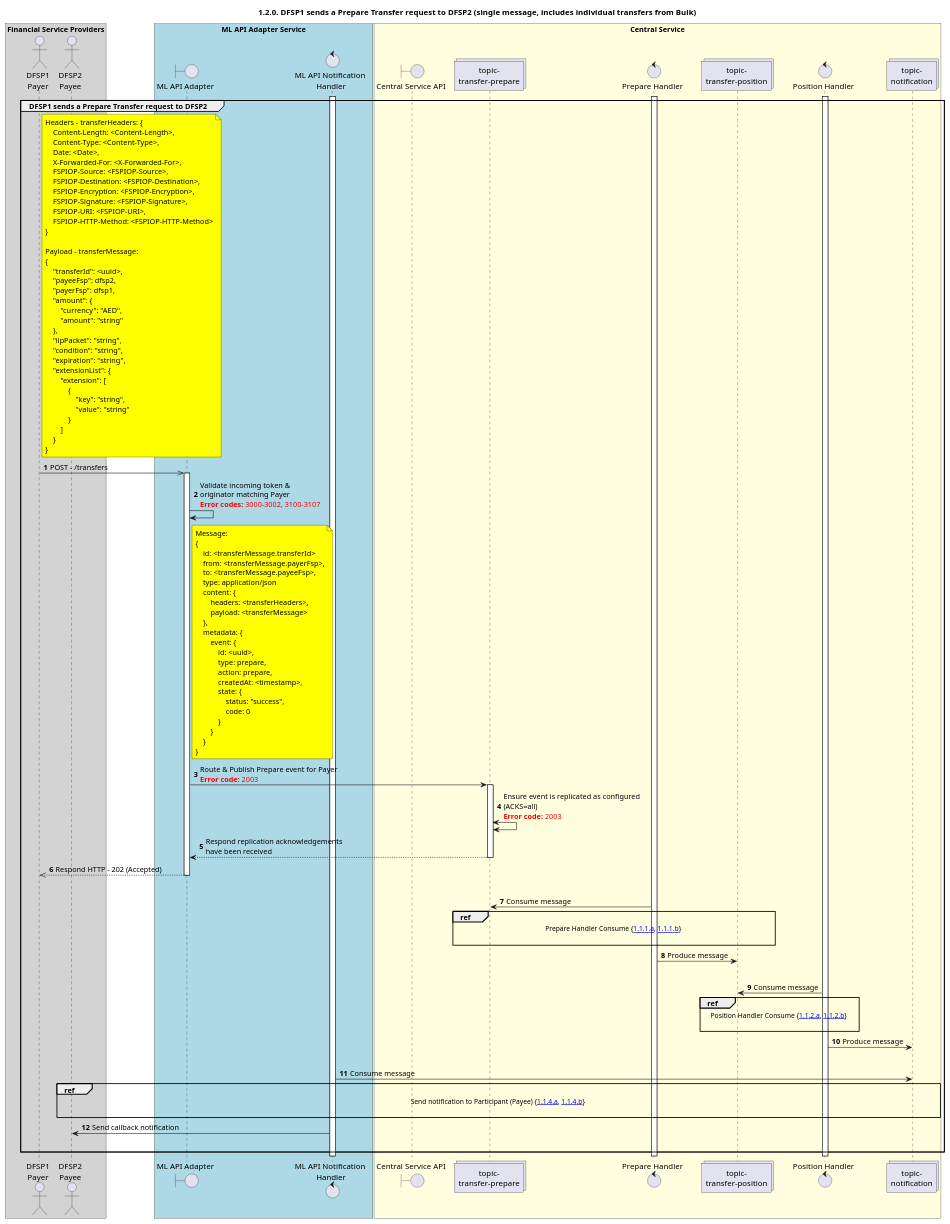
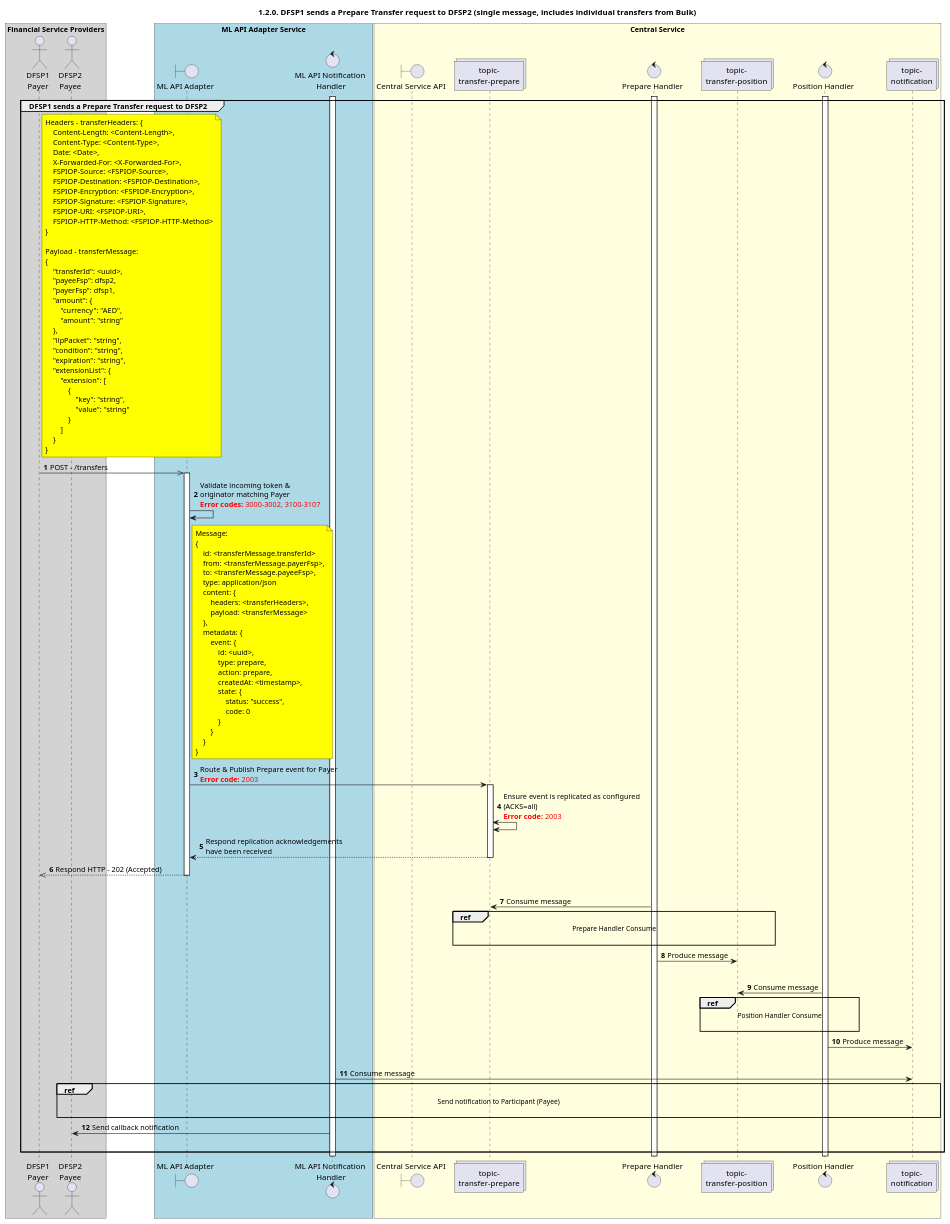
Before and after one commit to mojaloop/documentation: the diagram in mojaloop-technical-overview/central-bulk-transfers/assets/diagrams/sequence/seq-bulk-1.2.0-prepare-overview.plantuml, drawn with PlantUML. The commit also changed 29 other files, not shown here.

Commit message:
Updated diagrams for bulk-processing

```diff
--- a/mojaloop-technical-overview/central-bulk-transfers/assets/diagrams/sequence/seq-bulk-1.2.0-prepare-overview.plantuml
+++ b/mojaloop-technical-overview/central-bulk-transfers/assets/diagrams/sequence/seq-bulk-1.2.0-prepare-overview.plantuml
@@ -26,138 +26,138 @@
 @startuml
 ' declate title
 title 1.2.0. DFSP1 sends a Prepare Transfer request to DFSP2 (single message, includes individual transfers from Bulk)
 
 autonumber
 
 ' Actor Keys:
 '   boundary - APIs/Interfaces, etc
 '   collections - Kafka Topics
 '   control - Kafka Consumers
 '   entity - Database Access Objects
 '   database - Database Persistance Store
 
 ' declare actors
 actor "DFSP1\nPayer" as DFSP1
 actor "DFSP2\nPayee" as DFSP2
 boundary "ML API Adapter" as MLAPI
 control "ML API Notification \nHandler" as NOTIFY_HANDLER
 boundary "Central Service API" as CSAPI
 collections "topic-\ntransfer-prepare" as TOPIC_TRANSFER_PREPARE
 control "Prepare Handler" as PREP_HANDLER
 collections "topic-\ntransfer-position" as TOPIC_TRANSFER_POSITION
 control "Position Handler" as POS_HANDLER
 collections "topic-\nnotification" as TOPIC_NOTIFICATIONS
 
 box "Financial Service Providers" #lightGray
 	participant DFSP1
 	participant DFSP2
 end box
 
 box "ML API Adapter Service" #LightBlue
 	participant MLAPI
 	participant NOTIFY_HANDLER
 end box
 
 box "Central Service" #LightYellow
     participant CSAPI
 	participant TOPIC_TRANSFER_PREPARE
     participant PREP_HANDLER
     participant TOPIC_TRANSFER_POSITION
     participant POS_HANDLER
     participant TOPIC_NOTIFICATIONS
 end box
 
 ' start flow
 activate NOTIFY_HANDLER
 activate PREP_HANDLER
 activate POS_HANDLER
 group DFSP1 sends a Prepare Transfer request to DFSP2
     note right of DFSP1 #yellow
         Headers - transferHeaders: {
             Content-Length: <Content-Length>,
             Content-Type: <Content-Type>,
             Date: <Date>,
             X-Forwarded-For: <X-Forwarded-For>,
             FSPIOP-Source: <FSPIOP-Source>,
             FSPIOP-Destination: <FSPIOP-Destination>,
             FSPIOP-Encryption: <FSPIOP-Encryption>,
             FSPIOP-Signature: <FSPIOP-Signature>,
             FSPIOP-URI: <FSPIOP-URI>,
             FSPIOP-HTTP-Method: <FSPIOP-HTTP-Method>
         }
 
         Payload - transferMessage:
         {
             "transferId": <uuid>,
             "payeeFsp": dfsp2,
             "payerFsp": dfsp1,
             "amount": {
                 "currency": "AED",
                 "amount": "string"
             },
             "ilpPacket": "string",
             "condition": "string",
             "expiration": "string",
             "extensionList": {
                 "extension": [
                     {
                         "key": "string",
                         "value": "string"
                     }
                 ]
             }
         }
     end note
     DFSP1 ->> MLAPI: POST - /transfers
     activate MLAPI
     MLAPI -> MLAPI: Validate incoming token & \noriginator matching Payer\n<color #FF0000><b>Error codes:</b> 3000-3002, 3100-3107</color>
     note right of MLAPI #yellow
         Message:
         {
             id: <transferMessage.transferId>
             from: <transferMessage.payerFsp>,
             to: <transferMessage.payeeFsp>,
             type: application/json
             content: {
                 headers: <transferHeaders>,
                 payload: <transferMessage>
             },
             metadata: {
                 event: {
                     id: <uuid>,
                     type: prepare,
                     action: prepare,
                     createdAt: <timestamp>,
                     state: {
                         status: "success",
                         code: 0
                     }
                 }
             }
         }
     end note
     MLAPI -> TOPIC_TRANSFER_PREPARE: Route & Publish Prepare event for Payer\n<color #FF0000><b>Error code:</b> 2003</color>
     activate TOPIC_TRANSFER_PREPARE
     TOPIC_TRANSFER_PREPARE <-> TOPIC_TRANSFER_PREPARE: Ensure event is replicated as configured \n(ACKS=all)\n<color #FF0000><b>Error code:</b> 2003</color>
     TOPIC_TRANSFER_PREPARE --> MLAPI: Respond replication acknowledgements \nhave been received
     deactivate TOPIC_TRANSFER_PREPARE
     MLAPI -->> DFSP1: Respond HTTP - 202 (Accepted)
     deactivate MLAPI
     |||
     TOPIC_TRANSFER_PREPARE <- PREP_HANDLER: Consume message
-    ref over TOPIC_TRANSFER_PREPARE, PREP_HANDLER, TOPIC_TRANSFER_POSITION :  Prepare Handler Consume {[[https://github.com/mojaloop/docs/blob/master/Diagrams/SequenceDiagrams/seq-prepare-1.1.1.a.svg 1.1.1.a]], [[https://github.com/mojaloop/docs/blob/master/Diagrams/SequenceDiagrams/seq-prepare-1.1.1.b.svg 1.1.1.b]]} \n
+    ref over TOPIC_TRANSFER_PREPARE, PREP_HANDLER, TOPIC_TRANSFER_POSITION :  Prepare Handler Consume\n
     PREP_HANDLER -> TOPIC_TRANSFER_POSITION: Produce message
     |||
     TOPIC_TRANSFER_POSITION <- POS_HANDLER: Consume message
-    ref over TOPIC_TRANSFER_POSITION, POS_HANDLER : Position Handler Consume {[[https://github.com/mojaloop/docs/blob/master/Diagrams/SequenceDiagrams/seq-prepare-1.1.2.a.svg 1.1.2.a]], [[https://github.com/mojaloop/docs/blob/master/Diagrams/SequenceDiagrams/seq-prepare-1.1.2.b.svg 1.1.2.b]]} \n
+    ref over TOPIC_TRANSFER_POSITION, POS_HANDLER : Position Handler Consume\n
     POS_HANDLER -> TOPIC_NOTIFICATIONS: Produce message
     |||
     TOPIC_NOTIFICATIONS <- NOTIFY_HANDLER: Consume message
-    ref over DFSP2, TOPIC_NOTIFICATIONS : Send notification to Participant (Payee) {[[https://github.com/mojaloop/docs/blob/master/Diagrams/SequenceDiagrams/seq-prepare-1.1.4.a.svg 1.1.4.a]], [[https://github.com/mojaloop/docs/blob/master/Diagrams/SequenceDiagrams/seq-prepare-1.1.4.b.svg 1.1.4.b]]} \n
+    ref over DFSP2, TOPIC_NOTIFICATIONS : Send notification to Participant (Payee)\n
     NOTIFY_HANDLER -> DFSP2: Send callback notification
     |||
 end
 deactivate POS_HANDLER
 deactivate PREP_HANDLER
 deactivate NOTIFY_HANDLER
 @enduml
```
